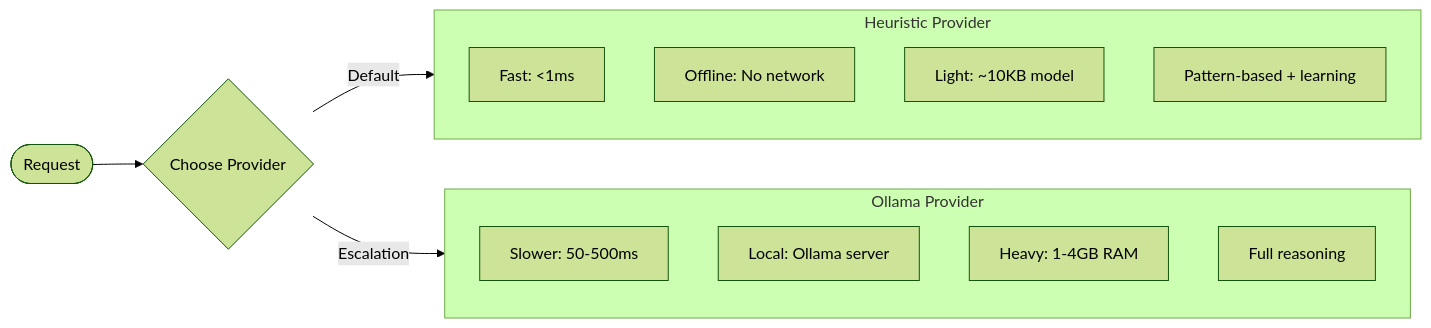
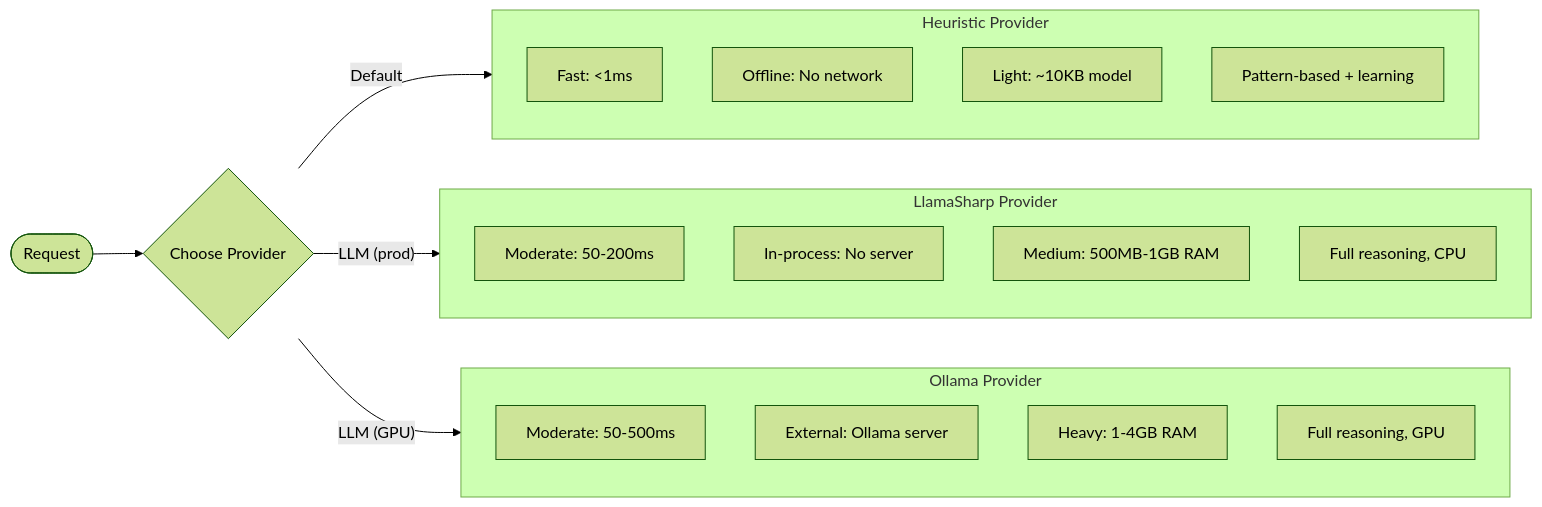
The fourth of 6 diagrams in Mostlylucid.BotDetection/docs/ai-detection.md (scottgal/stylobot), drawn with Mermaid (forest theme) before and after one commit. The commit also changed other lines of this file and 18 other files, not shown here.

First line of the commit message:
Integrate LlamaSharp CPU LLM provider and update world map features

````diff
--- a/Mostlylucid.BotDetection/docs/ai-detection.md
+++ b/Mostlylucid.BotDetection/docs/ai-detection.md
@@ -431,20 +449,28 @@
 ```mermaid
 flowchart LR
     subgraph Heuristic["Heuristic Provider"]
         H1[Fast: <1ms]
         H2[Offline: No network]
         H3[Light: ~10KB model]
         H4[Pattern-based + learning]
     end
 
+    subgraph LlamaSharp["LlamaSharp Provider"]
+        LS1[Moderate: 50-200ms]
+        LS2[In-process: No server]
+        LS3[Medium: 500MB-1GB RAM]
+        LS4[Full reasoning, CPU]
+    end
+
     subgraph Ollama["Ollama Provider"]
-        L1[Slower: 50-500ms]
-        L2[Local: Ollama server]
+        L1[Moderate: 50-500ms]
+        L2[External: Ollama server]
         L3[Heavy: 1-4GB RAM]
-        L4[Full reasoning]
+        L4[Full reasoning, GPU]
     end
 
     Request([Request]) --> Decision{Choose Provider}
     Decision -->|Default| Heuristic
-    Decision -->|Escalation| Ollama
+    Decision -->|"LLM (prod)"| LlamaSharp
+    Decision -->|"LLM (GPU)"| Ollama
 ```
````
